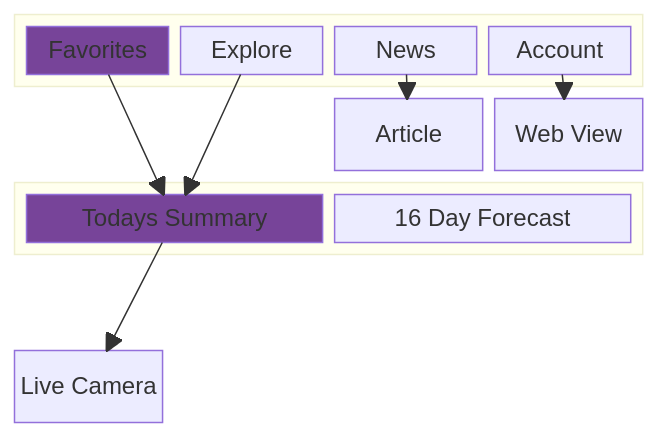
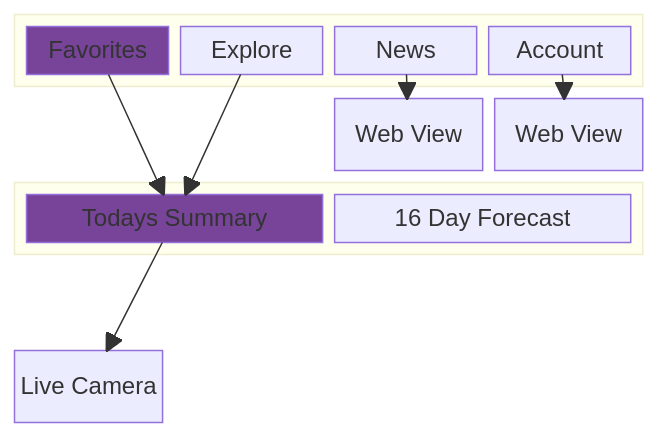
Before and after one commit to JoeBlakeB/SurfForecastReactNative: the diagram in design/navigation.md, drawn with Mermaid. The commit also changed 4 other files, not shown here.

````diff
--- a/design/navigation.md
+++ b/design/navigation.md
@@ -5,28 +5,28 @@
 ```mermaid
 block-beta
 columns 4
 
 block:Home:4
     Favorites
     Explore
     News
     Account
 end
 
 space:2
-News-->Article
+News-->Article["Web View"]
 Account-->WebView["Web View"]
 
 block:Beach:4
     Favorites-->Today
     Explore-->Today
     Today["Todays Summary"]
     Forecast["16 Day Forecast"]
 end
 
 space:4
 Today-->Camera["Live Camera"]
 
 style Favorites fill:#749
 style Today fill:#749
 ```
````
